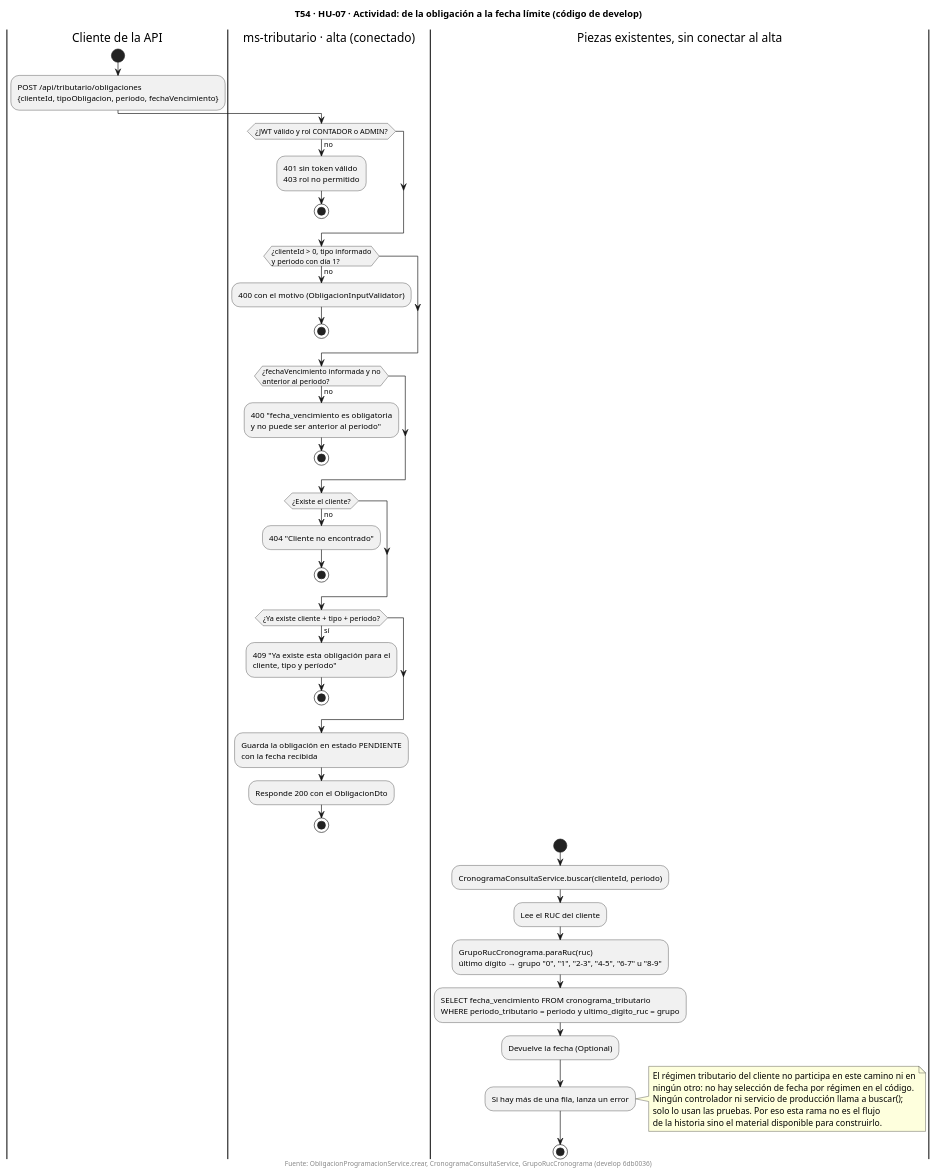
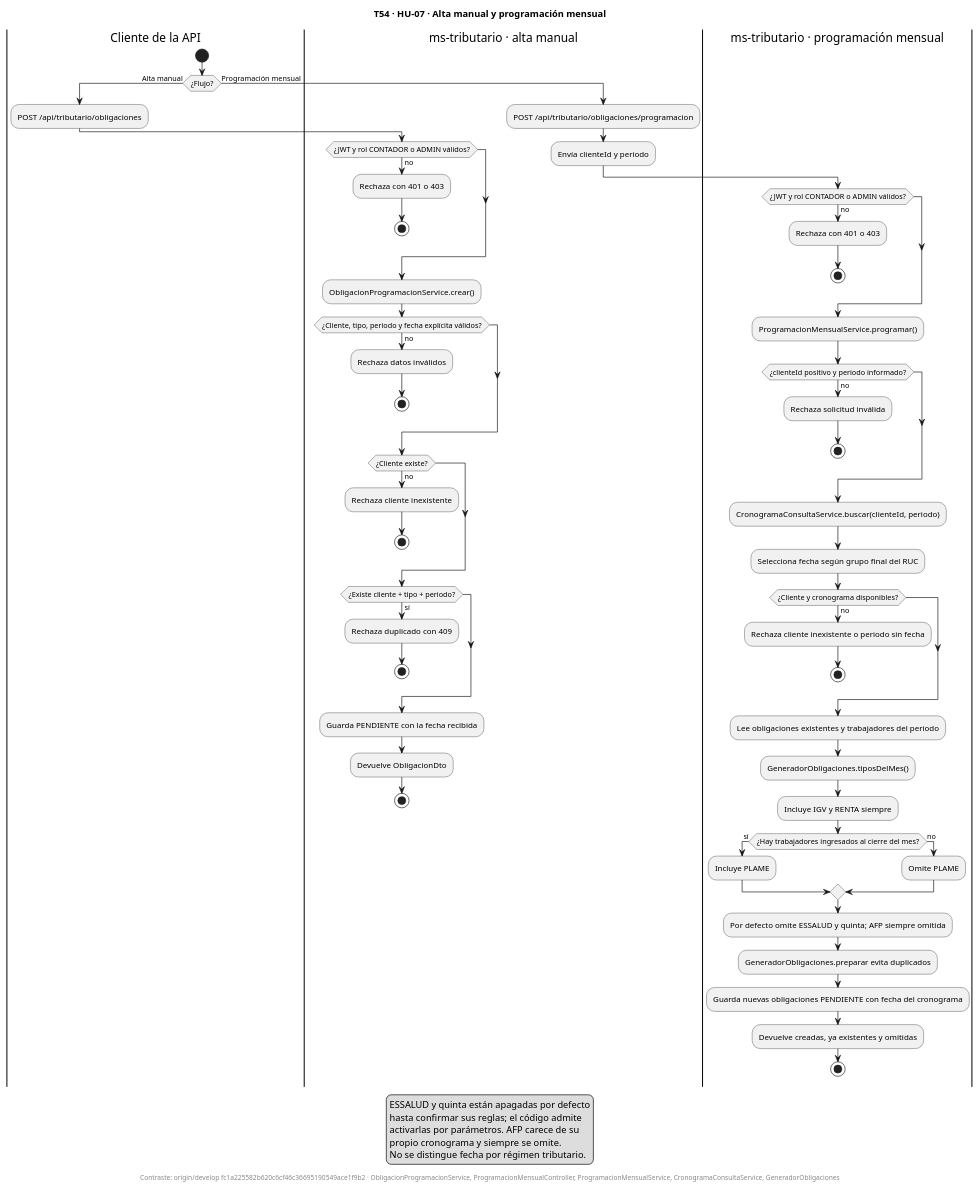
Before and after one commit to fabianrodriguez33/plus-contable: the diagram in docs/uml/T54-HU07-actividad.puml, drawn with PlantUML. The commit also changed 4 other files, not shown here.

Commit message:
docs(uml): actualizar T22, T54 y trazabilidad

```diff
--- a/docs/uml/T54-HU07-actividad.puml
+++ b/docs/uml/T54-HU07-actividad.puml
@@ -1,57 +1,70 @@
 @startuml
-title T54 · HU-07 · Actividad: de la obligación a la fecha límite (código de develop)
+title T54 · HU-07 · Alta manual y programación mensual
 skinparam shadowing false
-
 |Cliente de la API|
 start
-:POST /api/tributario/obligaciones
-{clienteId, tipoObligacion, periodo, fechaVencimiento};
-
-|ms-tributario · alta (conectado)|
-if (¿JWT válido y rol CONTADOR o ADMIN?) then (no)
-  :401 sin token válido
-  403 rol no permitido;
+if (¿Flujo?) then (Alta manual)
+  :POST /api/tributario/obligaciones;
+  |ms-tributario · alta manual|
+  if (¿JWT y rol CONTADOR o ADMIN válidos?) then (no)
+    :Rechaza con 401 o 403;
+    stop
+  endif
+  :ObligacionProgramacionService.crear();
+  if (¿Cliente, tipo, periodo y fecha explícita válidos?) then (no)
+    :Rechaza datos inválidos;
+    stop
+  endif
+  if (¿Cliente existe?) then (no)
+    :Rechaza cliente inexistente;
+    stop
+  endif
+  if (¿Existe cliente + tipo + periodo?) then (sí)
+    :Rechaza duplicado con 409;
+    stop
+  endif
+  :Guarda PENDIENTE con la fecha recibida;
+  :Devuelve ObligacionDto;
+  stop
+else (Programación mensual)
+  :POST /api/tributario/obligaciones/programacion;
+  :Envía clienteId y periodo;
+  |ms-tributario · programación mensual|
+  if (¿JWT y rol CONTADOR o ADMIN válidos?) then (no)
+    :Rechaza con 401 o 403;
+    stop
+  endif
+  :ProgramacionMensualService.programar();
+  if (¿clienteId positivo y periodo informado?) then (no)
+    :Rechaza solicitud inválida;
+    stop
+  endif
+  :CronogramaConsultaService.buscar(clienteId, periodo);
+  :Selecciona fecha según grupo final del RUC;
+  if (¿Cliente y cronograma disponibles?) then (no)
+    :Rechaza cliente inexistente o periodo sin fecha;
+    stop
+  endif
+  :Lee obligaciones existentes y trabajadores del periodo;
+  :GeneradorObligaciones.tiposDelMes();
+  :Incluye IGV y RENTA siempre;
+  if (¿Hay trabajadores ingresados al cierre del mes?) then (sí)
+    :Incluye PLAME;
+  else (no)
+    :Omite PLAME;
+  endif
+  :Por defecto omite ESSALUD y quinta; AFP siempre omitida;
+  :GeneradorObligaciones.preparar evita duplicados;
+  :Guarda nuevas obligaciones PENDIENTE con fecha del cronograma;
+  :Devuelve creadas, ya existentes y omitidas;
   stop
 endif
-if (¿clienteId > 0, tipo informado\ny periodo con día 1?) then (no)
-  :400 con el motivo (ObligacionInputValidator);
-  stop
-endif
-if (¿fechaVencimiento informada y no\nanterior al periodo?) then (no)
-  :400 "fecha_vencimiento es obligatoria\ny no puede ser anterior al periodo";
-  stop
-endif
-if (¿Existe el cliente?) then (no)
-  :404 "Cliente no encontrado";
-  stop
-endif
-if (¿Ya existe cliente + tipo + periodo?) then (sí)
-  :409 "Ya existe esta obligación para el\ncliente, tipo y período";
-  stop
-endif
-:Guarda la obligación en estado PENDIENTE
-con la fecha recibida;
-:Responde 200 con el ObligacionDto;
-stop
-
-|Piezas existentes, sin conectar al alta|
-start
-:CronogramaConsultaService.buscar(clienteId, periodo);
-:Lee el RUC del cliente;
-:GrupoRucCronograma.paraRuc(ruc)
-último dígito → grupo "0", "1", "2-3", "4-5", "6-7" u "8-9";
-:SELECT fecha_vencimiento FROM cronograma_tributario
-WHERE periodo_tributario = periodo y ultimo_digito_ruc = grupo;
-:Devuelve la fecha (Optional);
-:Si hay más de una fila, lanza un error;
-note right
-  El régimen tributario del cliente no participa en este camino ni en
-  ningún otro: no hay selección de fecha por régimen en el código.
-  Ningún controlador ni servicio de producción llama a buscar();
-  solo lo usan las pruebas. Por eso esta rama no es el flujo
-  de la historia sino el material disponible para construirlo.
-end note
-stop
-
-footer Fuente: ObligacionProgramacionService.crear, CronogramaConsultaService, GrupoRucCronograma (develop 6db0036)
+legend bottom
+  ESSALUD y quinta están apagadas por defecto
+  hasta confirmar sus reglas; el código admite
+  activarlas por parámetros. AFP carece de su
+  propio cronograma y siempre se omite.
+  No se distingue fecha por régimen tributario.
+endlegend
+footer Contraste: origin/develop fc1a225582b620c6cf46c36695190549ace1f9b2 · ObligacionProgramacionService, ProgramacionMensualController, ProgramacionMensualService, CronogramaConsultaService, GeneradorObligaciones
 @enduml
```
